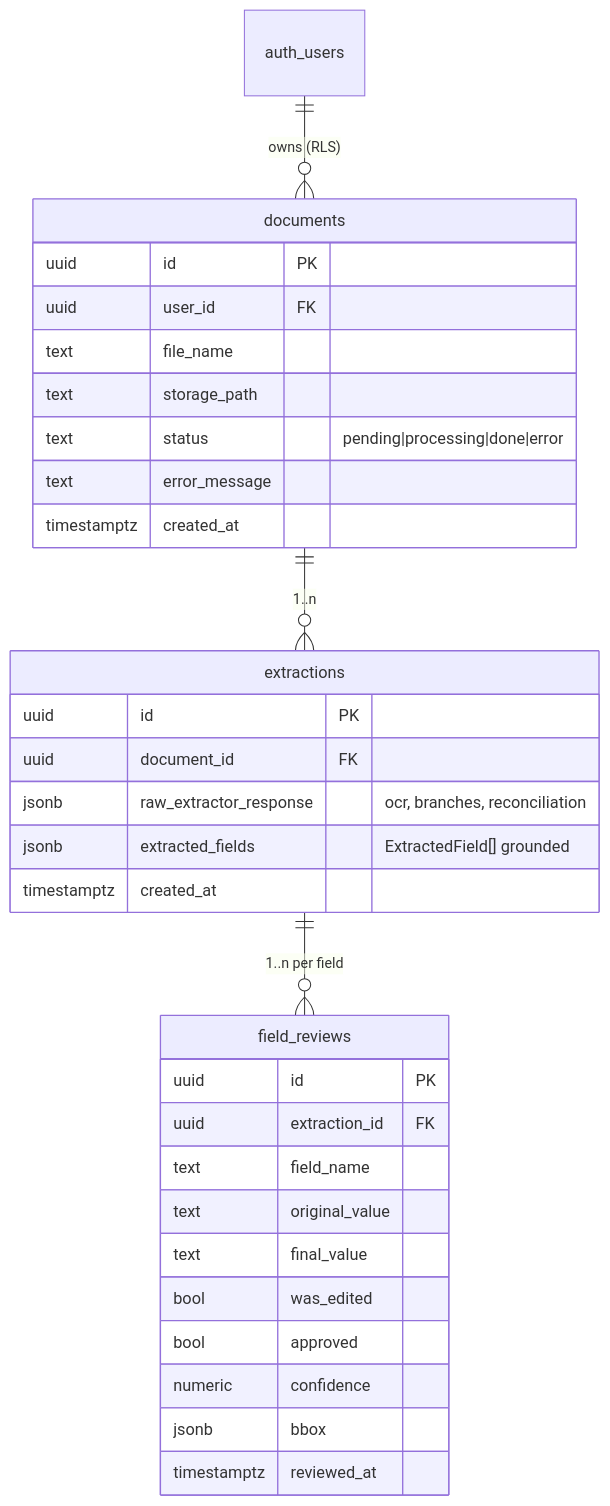
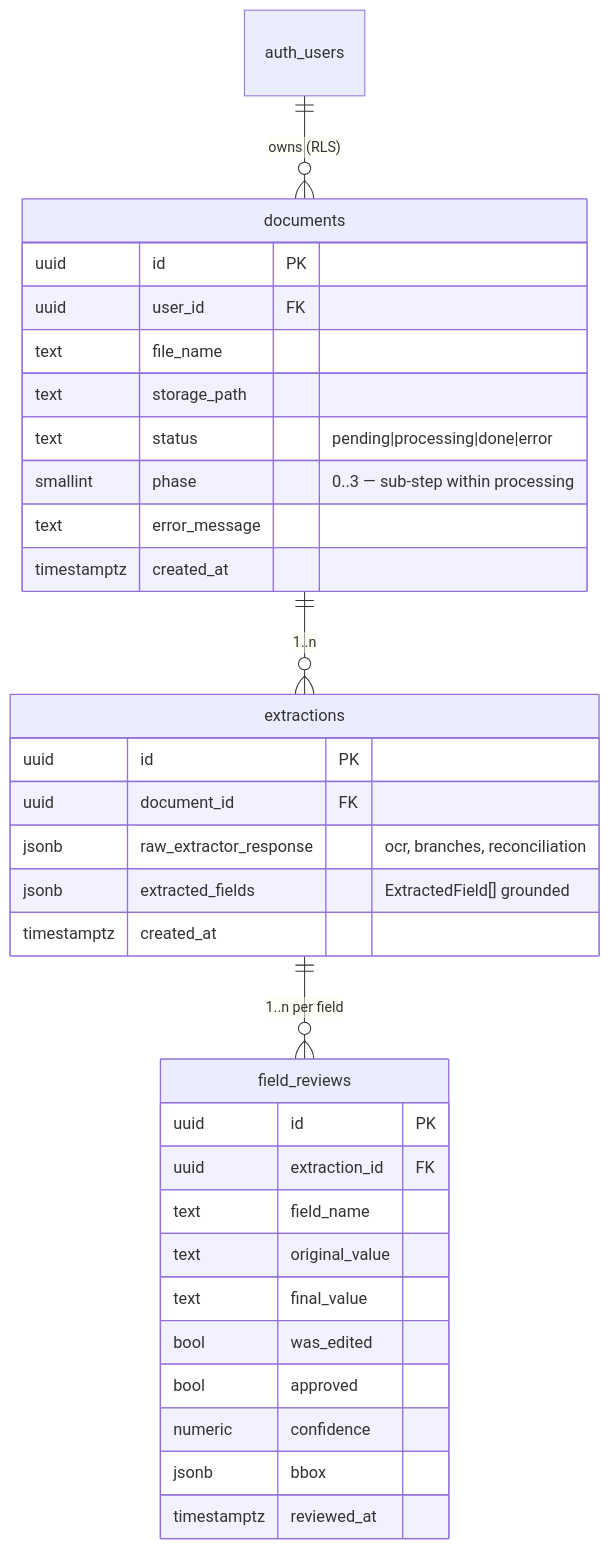
The third of 4 diagrams in README.md (adcastiblanco/solum), drawn with Mermaid before and after one commit. The commit also changed other lines of this file and 34 other files, not shown here.

````diff
--- a/README.md
+++ b/README.md
@@ -126,35 +162,36 @@
 ```mermaid
 erDiagram
     documents ||--o{ extractions : "1..n"
     extractions ||--o{ field_reviews : "1..n per field"
     auth_users ||--o{ documents : "owns (RLS)"
 
     documents {
       uuid id PK
       uuid user_id FK
       text file_name
       text storage_path
       text status "pending|processing|done|error"
+      smallint phase "0..3 — sub-step within processing"
       text error_message
       timestamptz created_at
     }
     extractions {
       uuid id PK
       uuid document_id FK
       jsonb raw_extractor_response "ocr, branches, reconciliation"
       jsonb extracted_fields "ExtractedField[] grounded"
       timestamptz created_at
     }
     field_reviews {
       uuid id PK
       uuid extraction_id FK
       text field_name
       text original_value
       text final_value
       bool was_edited
       bool approved
       numeric confidence
       jsonb bbox
       timestamptz reviewed_at
     }
 ```
````
